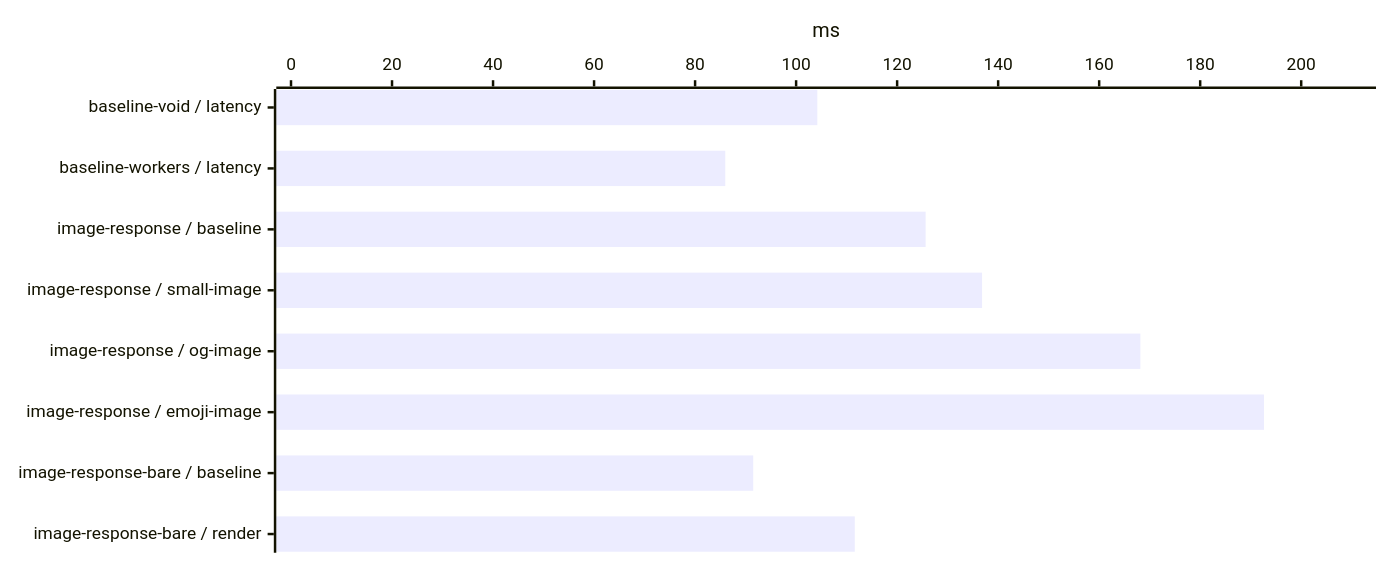
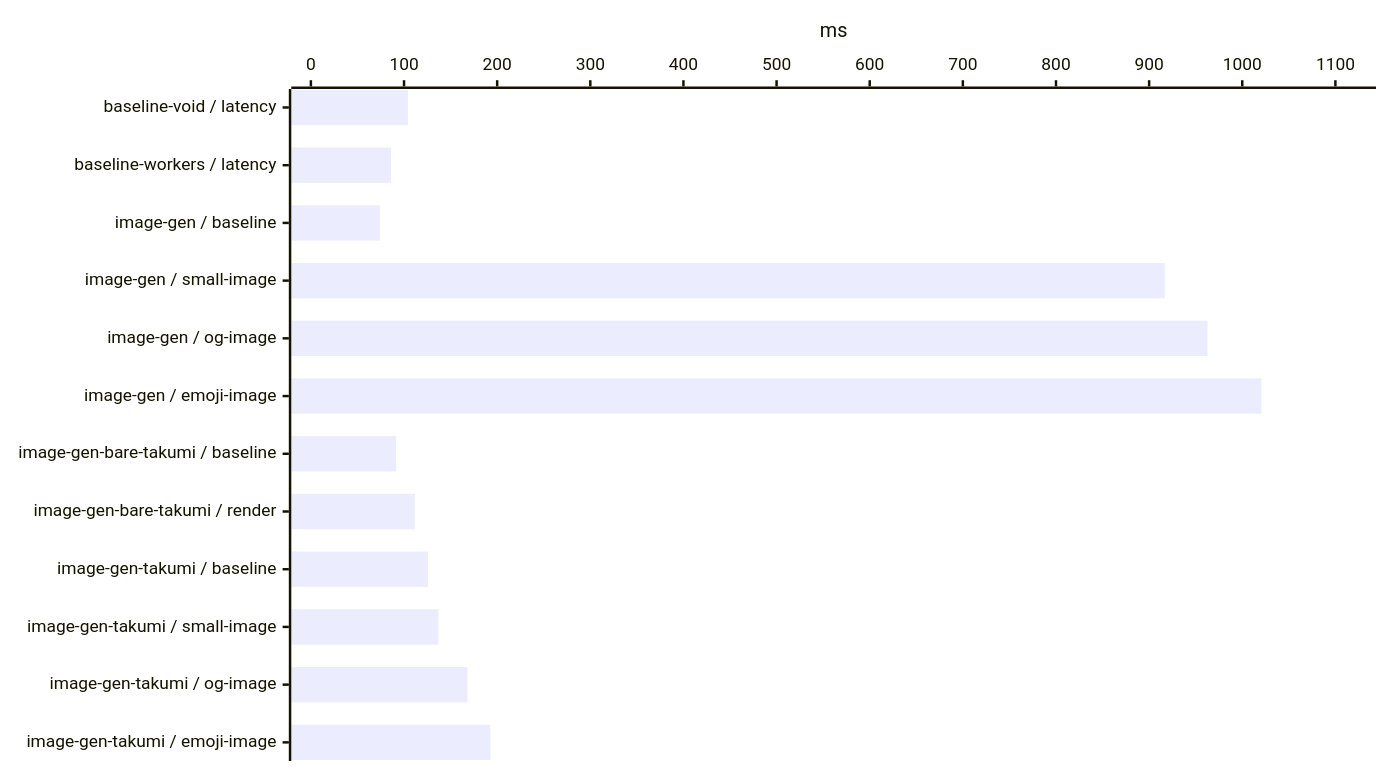
One commit to voidzero-dev/void changed diagram 11 of 25 in benchmark/report.md. Above: the diagram before and after it, drawn with Mermaid. The commit also changed other lines of this file and 41 other files, not shown here.

````diff
--- a/benchmark/report.md
+++ b/benchmark/report.md
@@ -212,12 +215,12 @@
 ```mermaid
 ---
 config:
   xyChart:
     width: 1100
-    height: 436
+    height: 604
 ---
 xychart-beta horizontal
-    x-axis ["baseline-void / latency", "baseline-workers / latency", "image-response / baseline", "image-response / small-image", "image-response / og-image", "image-response / emoji-image", "image-response-bare / baseline", "image-response-bare / render"]
-    y-axis "ms" 0 --> 211.89561
-    bar [104.19998, 85.975953, 125.64489, 136.81833, 168.15415, 192.63237, 91.509532, 111.6145]
+    x-axis ["baseline-void / latency", "baseline-workers / latency", "image-gen / baseline", "image-gen / small-image", "image-gen / og-image", "image-gen / emoji-image", "image-gen-bare-takumi / baseline", "image-gen-bare-takumi / render", "image-gen-takumi / baseline", "image-gen-takumi / small-image", "image-gen-takumi / og-image", "image-gen-takumi / emoji-image"]
+    y-axis "ms" 0 --> 1122.5478
+    bar [104.19998, 85.975953, 74.019915, 916.74713, 962.67597, 1020.498, 91.509532, 111.6145, 125.64489, 136.81833, 168.15415, 192.63237]
 ```
````
